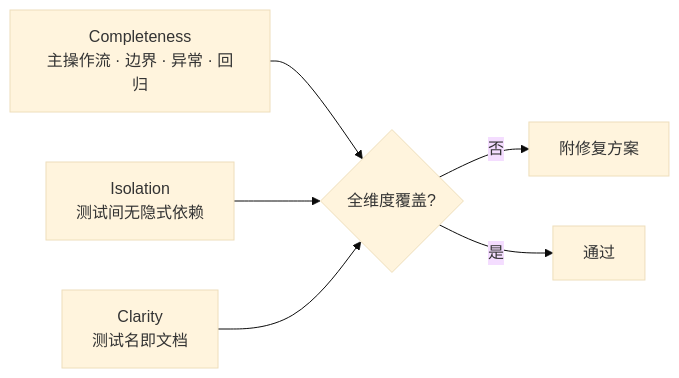
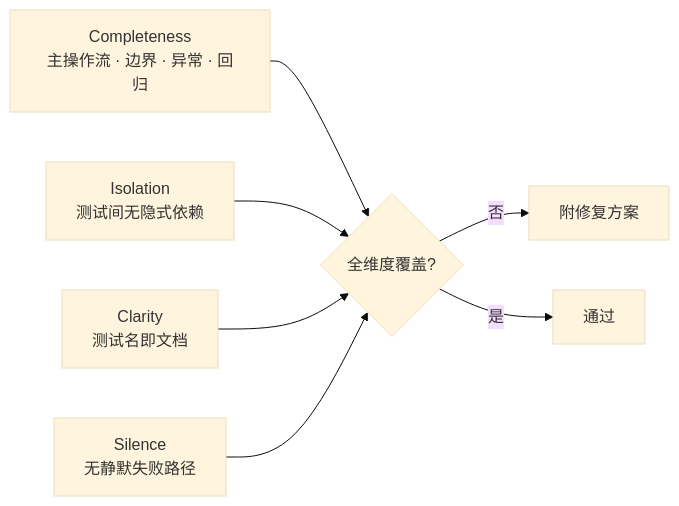
Before and after one commit to effiy/YrY: the sixth of 8 diagrams in agents/tester.md, drawn with Mermaid (base theme). The commit also changed other lines of this file and 37 other files, not shown here.

````diff
--- a/agents/tester.md
+++ b/agents/tester.md
@@ -106,9 +149,10 @@
 ```mermaid
 flowchart LR
     COM["Completeness<br/>主操作流 · 边界 · 异常 · 回归"]:::dim --> CHK{"全维度覆盖?"}
     ISO["Isolation<br/>测试间无隐式依赖"]:::dim --> CHK
     CLA["Clarity<br/>测试名即文档"]:::dim --> CHK
+    SIL["Silence<br/>无静默失败路径"]:::dim --> CHK
     CHK -->|"否"| FIX["附修复方案"]:::out
     CHK -->|"是"| PASS["通过"]:::ok
 
 ```
````
